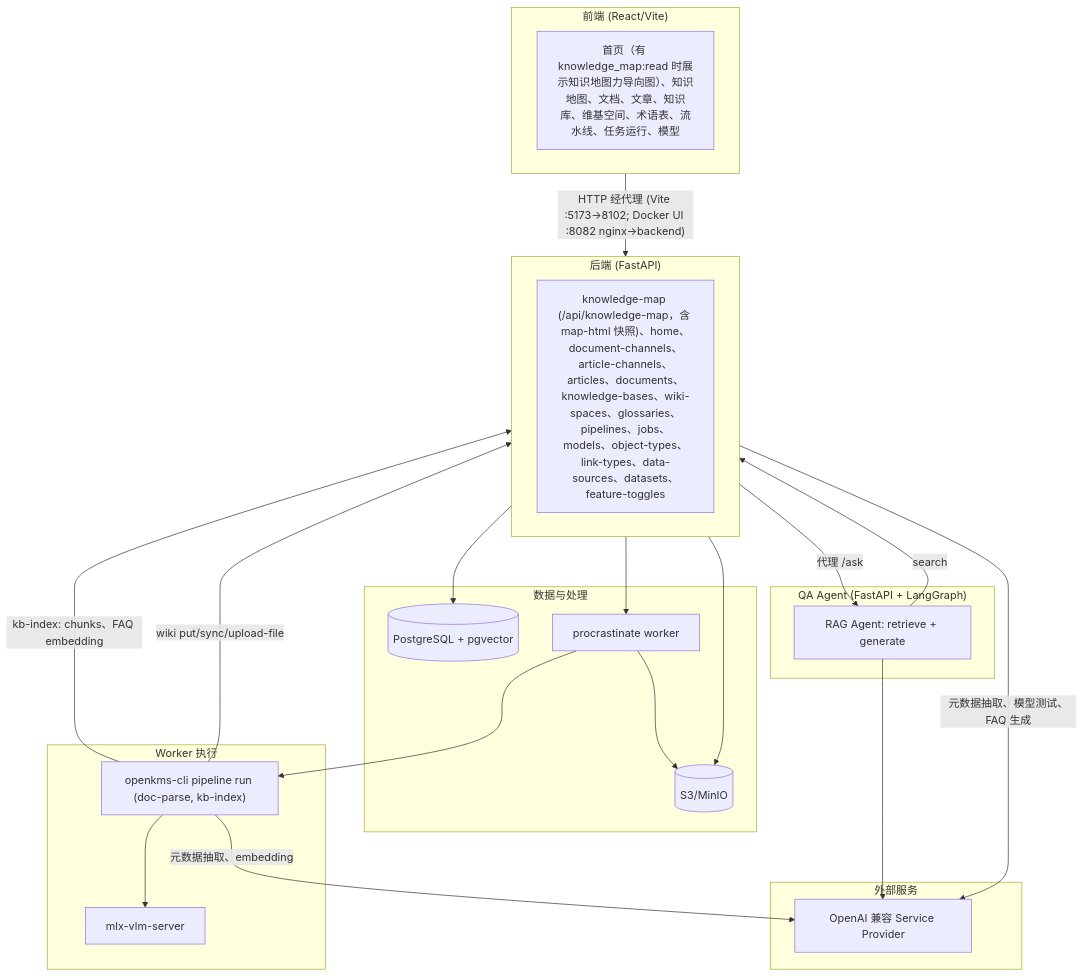
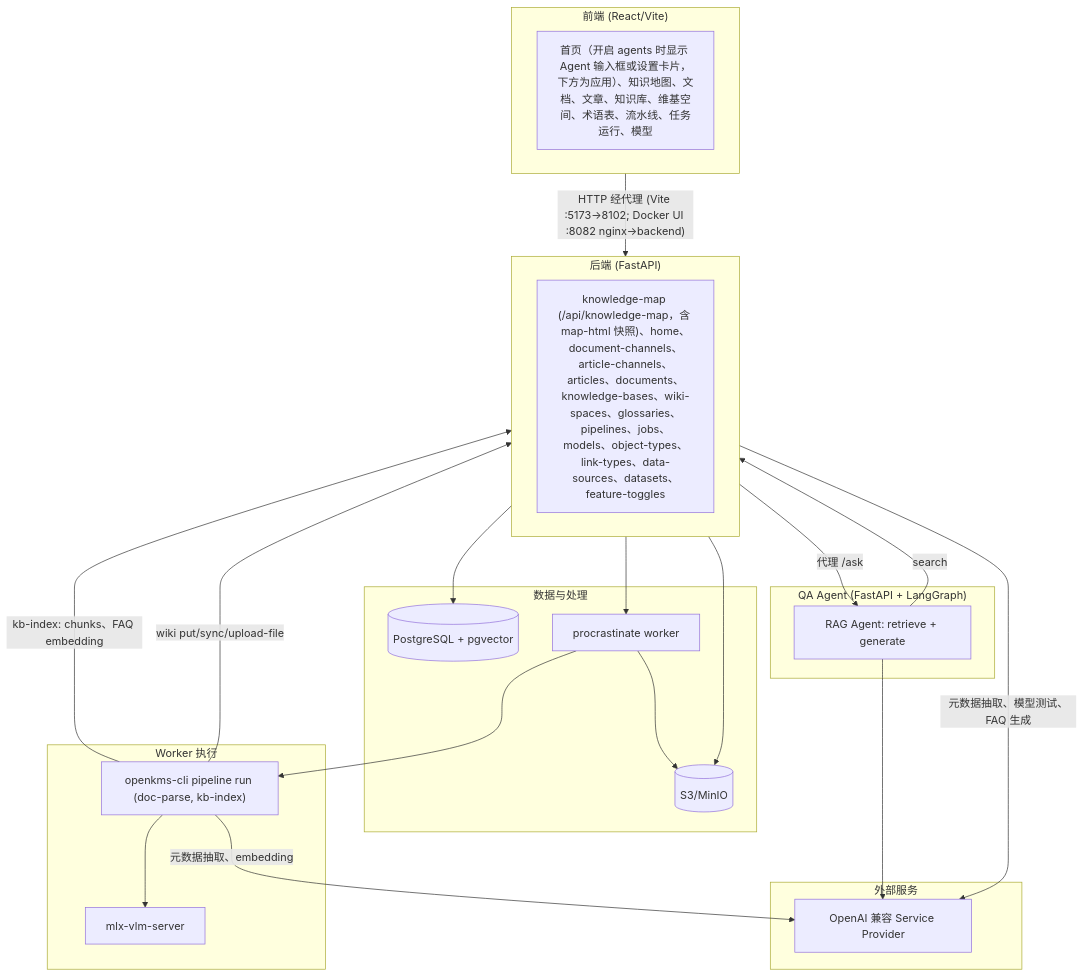
Before and after one commit to yingrui/openKMS: the first of 5 diagrams in docs/architecture.zh.md, drawn with Mermaid. The commit also changed 21 other files, not shown here.

````diff
--- a/docs/architecture.zh.md
+++ b/docs/architecture.zh.md
@@ -7,44 +7,44 @@
 ```mermaid
 flowchart TB
   subgraph Frontend["前端 (React/Vite)"]
-    FE["首页（有 knowledge_map:read 时展示知识地图力导向图）、知识地图、文档、文章、知识库、维基空间、术语表、流水线、任务运行、模型"]
+    FE["首页（开启 agents 时显示 Agent 输入框或设置卡片，下方为应用）、知识地图、文档、文章、知识库、维基空间、术语表、流水线、任务运行、模型"]
   end
 
   subgraph Backend["后端 (FastAPI)"]
     API["knowledge-map (/api/knowledge-map，含 map-html 快照)、home、document-channels、article-channels、articles、documents、knowledge-bases、wiki-spaces、glossaries、pipelines、jobs、models、object-types、link-types、data-sources、datasets、feature-toggles"]
   end
 
   subgraph Storage["数据与处理"]
     PG[("PostgreSQL + pgvector")]
     S3[(S3/MinIO)]
     Worker["procrastinate worker"]
   end
 
   subgraph WorkerDetail["Worker 执行"]
     CLI["openkms-cli pipeline run (doc-parse, kb-index)"]
     VLM["mlx-vlm-server"]
   end
 
   subgraph QAAgent["QA Agent (FastAPI + LangGraph)"]
     Agent["RAG Agent: retrieve + generate"]
   end
 
   subgraph External["外部服务"]
     LLM["OpenAI 兼容 Service Provider"]
   end
 
   Frontend -->|"HTTP 经代理 (Vite :5173→8102; Docker UI :8082 nginx→backend)"| Backend
   Backend --> PG
   Backend --> S3
   Backend --> Worker
   Backend -->|元数据抽取、模型测试、FAQ 生成| LLM
   Backend -->|代理 /ask| Agent
   Agent -->|search| Backend
   Agent --> LLM
   Worker --> S3
   Worker --> CLI
   CLI --> VLM
   CLI -->|元数据抽取、embedding| LLM
   CLI -->|kb-index: chunks、FAQ embedding| Backend
   CLI -->|wiki put/sync/upload-file| Backend
 ```
````
